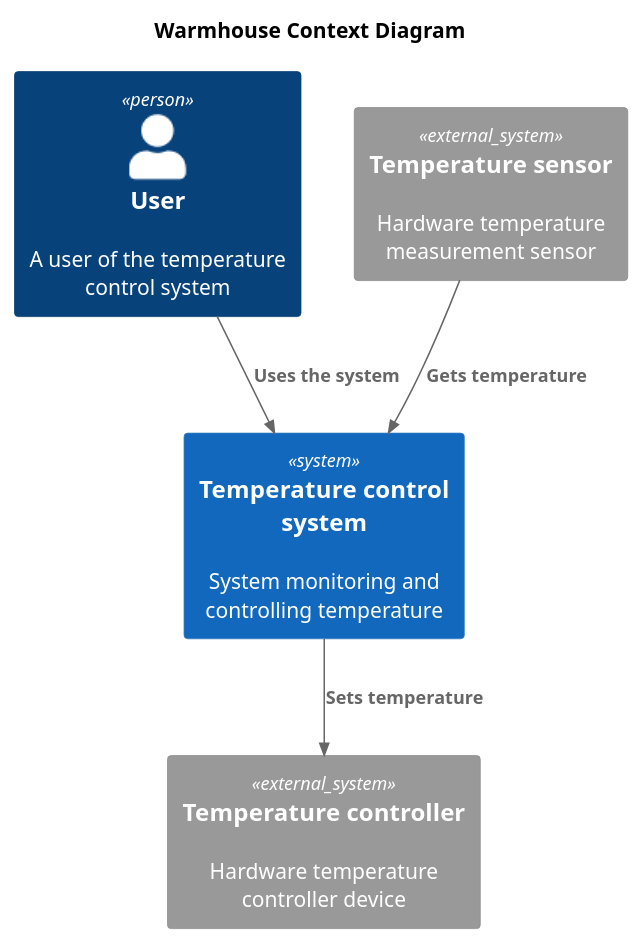
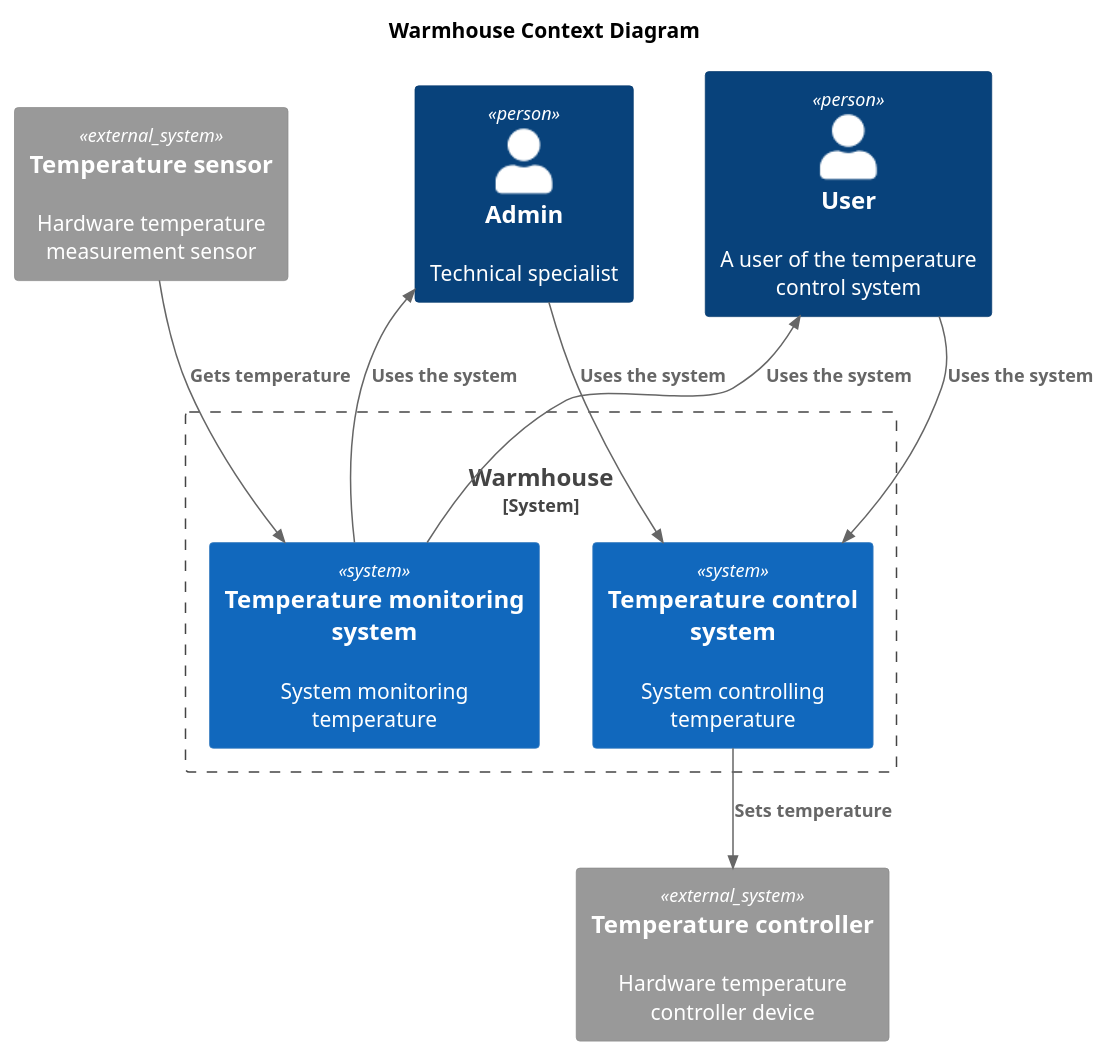
One commit to Boropwnz/architecture-sprint-3 changed the diagram in diagrams/C4_context.puml. Above: the diagram before and after it, drawn with PlantUML. The commit also changed 1 other file, not shown here.

Commit message:
Updated context diagram after review

```diff
--- a/diagrams/C4_context.puml
+++ b/diagrams/C4_context.puml
@@ -1,18 +1,25 @@
 @startuml
 title Warmhouse Context Diagram
 
 top to bottom direction
 
 !includeurl https://raw.githubusercontent.com/RicardoNiepel/C4-PlantUML/master/C4_Component.puml
 
 Person(user, "User", "A user of the temperature control system")
-System(TemperatureControlSystem, "Temperature control system", "System monitoring and controlling temperature")
+Person(admin, "Admin", "Technical specialist")
+
+System_Boundary(TemperatureControlSystem, "Warmhouse", "Warmhouse System") {
+  System(TemperatureControl, "Temperature control system", "System controlling temperature")
+  System(TemperatureMonitor, "Temperature monitoring system", "System monitoring temperature")
+}
 
 System_Ext(sensor, "Temperature sensor", "Hardware temperature measurement sensor")
 System_Ext(controller, "Temperature controller", "Hardware temperature controller device")
 
-Rel(user, TemperatureControlSystem, "Uses the system")
-Rel(sensor, TemperatureControlSystem,"Gets temperature")
-Rel(TemperatureControlSystem,controller,"Sets temperature")
-
+Rel(user, TemperatureControl, "Uses the system")
+Rel(admin, TemperatureControl, "Uses the system")
+Rel(TemperatureMonitor, user, "Uses the system")
+Rel(TemperatureMonitor, admin, "Uses the system")
+Rel(sensor, TemperatureMonitor,"Gets temperature")
+Rel(TemperatureControl, controller,"Sets temperature")
 @enduml
```
